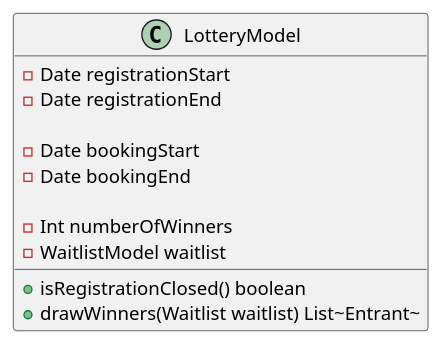
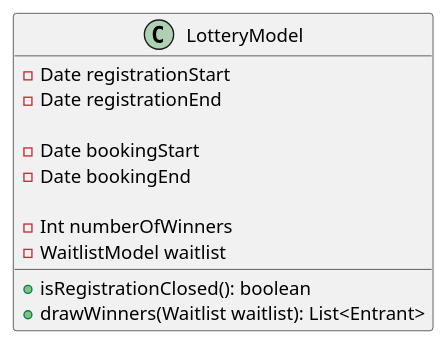
The diagram in doc/wiki-images/UML/lottery/LotteryModel.puml (CMPUT301F26cipher/cipher-proj), drawn with PlantUML before and after one commit. The commit also changed 5 other files, not shown here.

```diff
--- a/doc/wiki-images/UML/lottery/LotteryModel.puml
+++ b/doc/wiki-images/UML/lottery/LotteryModel.puml
@@ -1,28 +1,28 @@
 
 class LotteryModel {
     ' store registration period
     -Date registrationStart
     -Date registrationEnd
 
     ' store booking period
     -Date bookingStart
     -Date bookingEnd
 
     ' store number of lottery winners
     -Int numberOfWinners
     -WaitlistModel waitlist
 
     ' --- constructors ---
 
 
 
     ' --- methods ---
     ' Optionally set a capacity for my lottery waitlist.
 
     ' automatically draw winners after the registration period ends.
-    +isRegistrationClosed() boolean
-    +drawWinners(Waitlist waitlist) List~Entrant~
+    +isRegistrationClosed(): boolean
+    +drawWinners(Waitlist waitlist): List<Entrant>
 
     ' Updates lotterylist
 
 }
```
